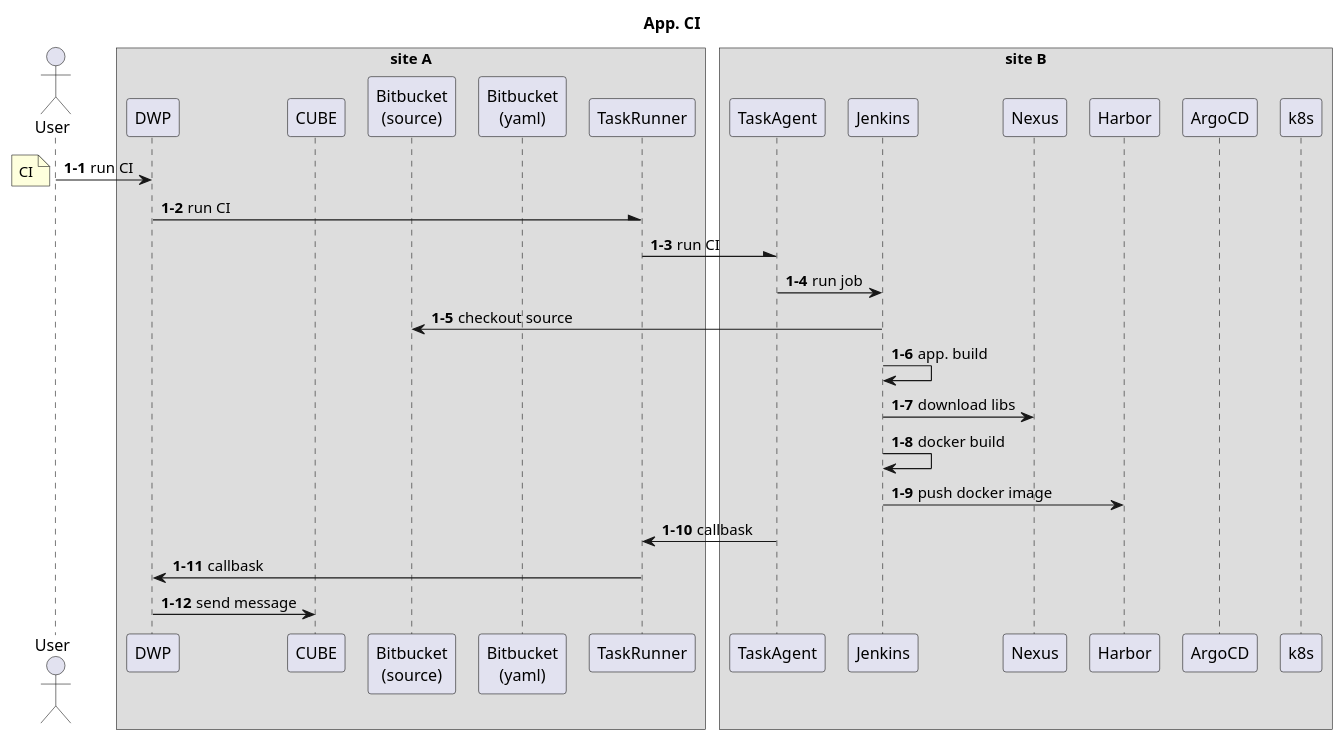
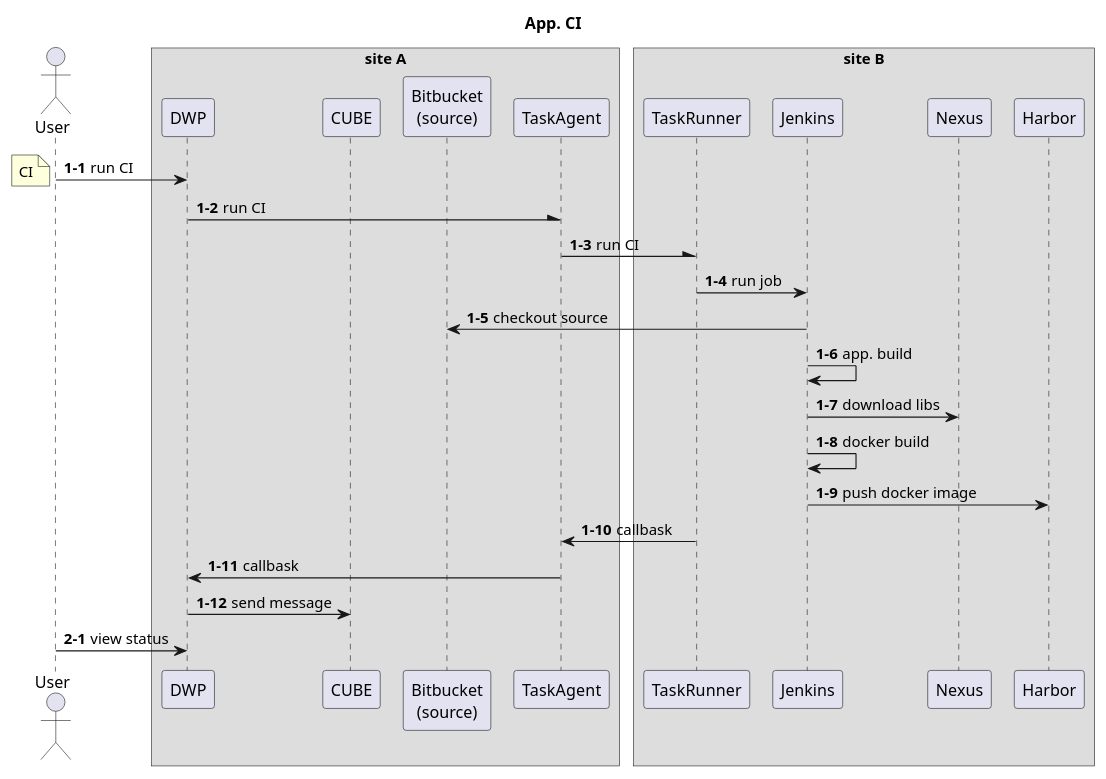
Before and after one commit to kloudbank/htdp1.github.io: the sixth of 7 diagrams in docs/src/multi-cloud/diagram.md, drawn with PlantUML. The commit also changed other lines of this file, not shown here.

```diff
--- a/docs/src/multi-cloud/diagram.md
+++ b/docs/src/multi-cloud/diagram.md
@@ -159,40 +166,40 @@
 @startuml
 
 scale 1
 skinparam ParticipantPadding 5
 skinparam BoxPadding 5
 title "App. CI"
 
 actor User
 box "site A"
 participant DWP
 participant CUBE
 participant "Bitbucket\n(source)" as source
-participant "Bitbucket\n(yaml)" as yaml
-participant TaskRunner
+participant TaskAgent
 end box
 box "site B"
-participant TaskAgent
+participant TaskRunner
 participant Jenkins
 participant Nexus
 participant Harbor
-participant ArgoCD
-participant k8s
 end box
 
 autonumber 1-1
 User -> DWP : run CI
 note left : CI
-DWP -\ TaskRunner : run CI
-TaskRunner -\ TaskAgent : run CI
-TaskAgent -> Jenkins : run job
+DWP -\ TaskAgent : run CI
+TaskAgent -\ TaskRunner : run CI
+TaskRunner -> Jenkins : run job
 Jenkins -> source : checkout source
 Jenkins -> Jenkins : app. build
 Jenkins -> Nexus : download libs
 Jenkins -> Jenkins : docker build
 Jenkins -> Harbor : push docker image
-TaskAgent -> TaskRunner : callbask
-TaskRunner -> DWP : callbask
+TaskRunner -> TaskAgent : callbask
+TaskAgent -> DWP : callbask
 DWP -> CUBE : send message
 
+autonumber 2-1
+User -> DWP : view status
+
 @enduml
```
